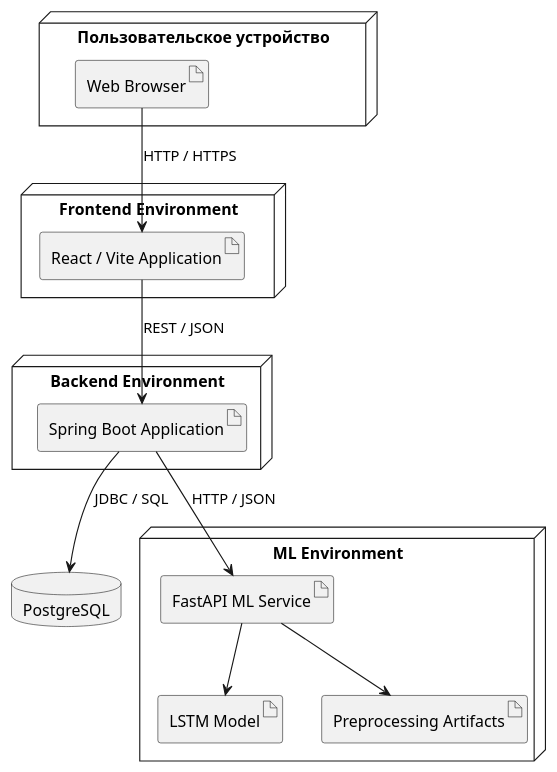
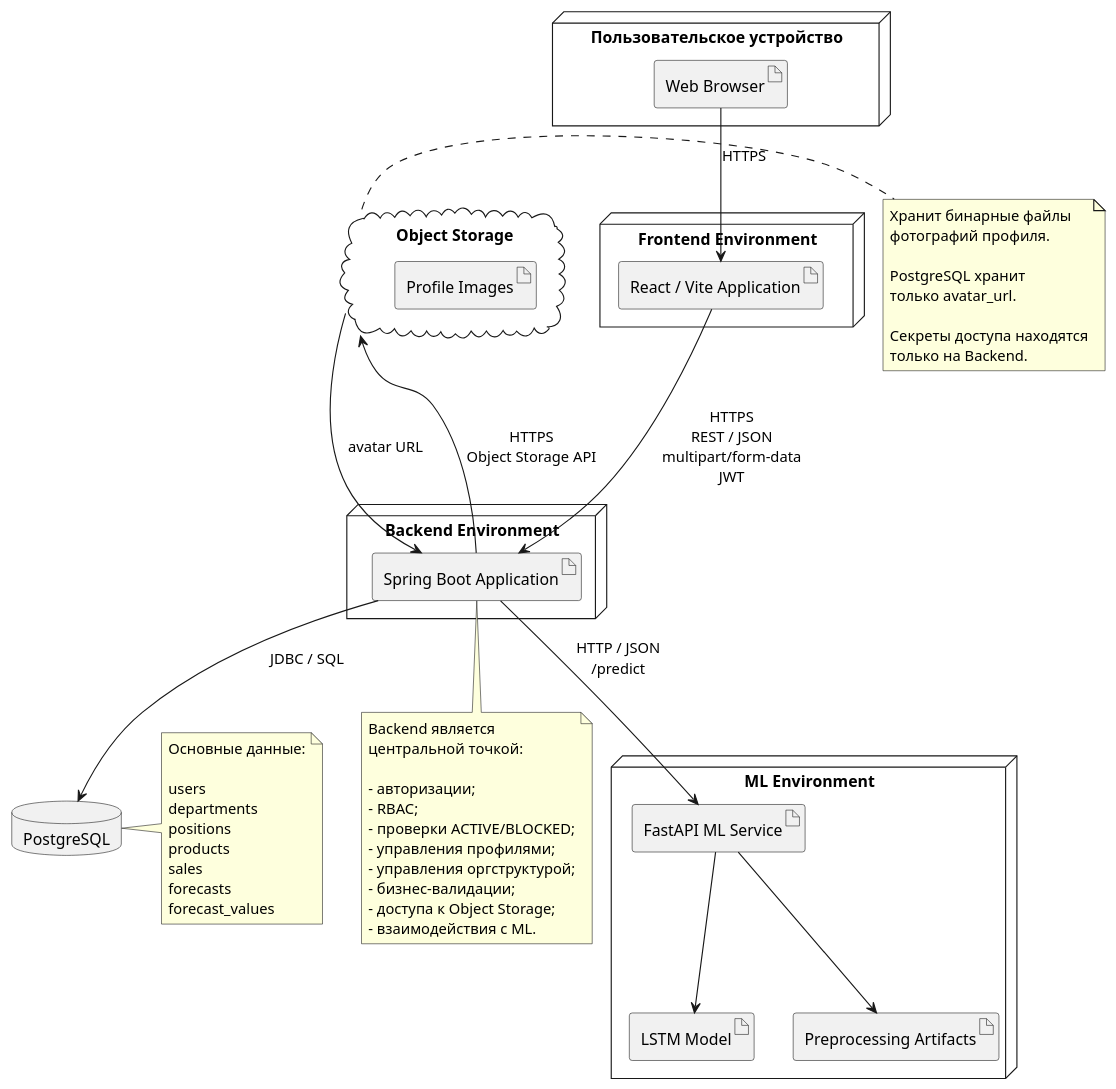
One commit to Kon-sys/neural-demand-forecaster changed the diagram in docs/diagrams/architecture/deployment.puml. Above: the diagram before and after it, drawn with PlantUML. The commit also changed 68 other files, not shown here.

```diff
--- a/docs/diagrams/architecture/deployment.puml
+++ b/docs/diagrams/architecture/deployment.puml
@@ -1,30 +1,78 @@
 @startuml
 
 node "Пользовательское устройство" {
     artifact "Web Browser" as Browser
 }
 
 node "Frontend Environment" {
     artifact "React / Vite Application" as Frontend
 }
 
 node "Backend Environment" {
     artifact "Spring Boot Application" as Backend
 }
 
+database "PostgreSQL" as DB
+
+cloud "Object Storage" as ObjectStorage {
+    artifact "Profile Images" as ProfileImages
+}
+
 node "ML Environment" {
     artifact "FastAPI ML Service" as ML
     artifact "LSTM Model" as Model
     artifact "Preprocessing Artifacts" as Preprocessing
 }
 
-database "PostgreSQL" as DB
+Browser --> Frontend : HTTPS
 
-Browser --> Frontend : HTTP / HTTPS
-Frontend --> Backend : REST / JSON
+Frontend --> Backend : HTTPS\nREST / JSON\nmultipart/form-data\nJWT
+
 Backend --> DB : JDBC / SQL
-Backend --> ML : HTTP / JSON
+
+Backend --> ObjectStorage : HTTPS\nObject Storage API
+ObjectStorage --> Backend : avatar URL
+
+Backend --> ML : HTTP / JSON\n/predict
+
 ML --> Model
 ML --> Preprocessing
 
+note right of ObjectStorage
+Хранит бинарные файлы
+фотографий профиля.
+
+PostgreSQL хранит
+только avatar_url.
+
+Секреты доступа находятся
+только на Backend.
+end note
+
+note right of DB
+Основные данные:
+
+users
+departments
+positions
+products
+sales
+forecasts
+forecast_values
+end note
+
+note bottom of Backend
+Backend является
+центральной точкой:
+
+- авторизации;
+- RBAC;
+- проверки ACTIVE/BLOCKED;
+- управления профилями;
+- управления оргструктурой;
+- бизнес-валидации;
+- доступа к Object Storage;
+- взаимодействия с ML.
+end note
+
 @enduml
```
